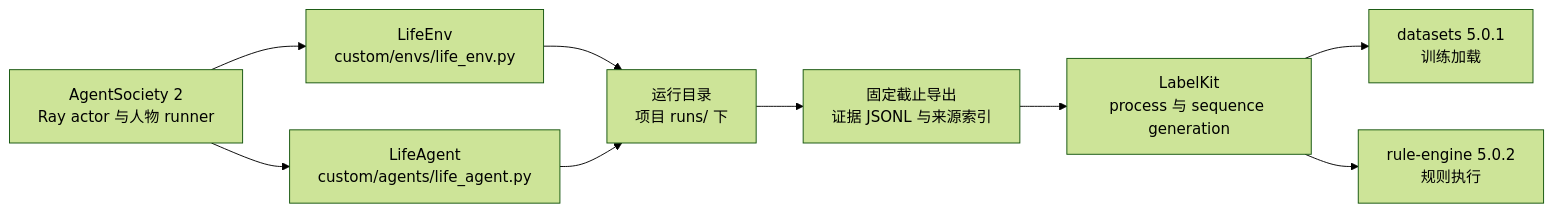
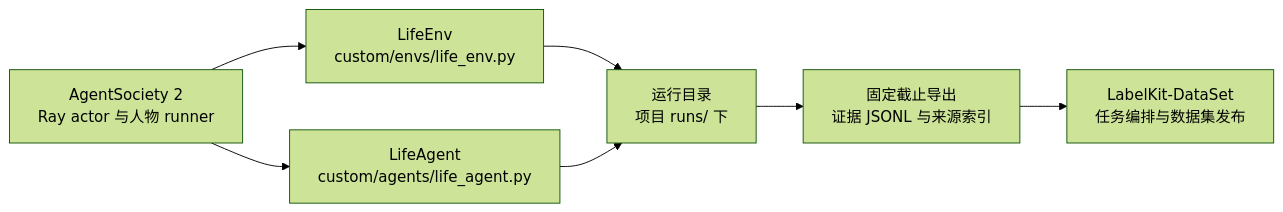
The second of 2 diagrams in docs/EXPERIMENT.md (HoldThatThgt/WorldMock), drawn with Mermaid (forest theme) before and after one commit. The commit also changed other lines of this file and 183 other files, not shown here.

````diff
--- a/docs/EXPERIMENT.md
+++ b/docs/EXPERIMENT.md
@@ -166,20 +166,16 @@
 ```mermaid
 flowchart LR
     AS2["AgentSociety 2<br/>Ray actor 与人物 runner"]
     LifeEnv["LifeEnv<br/>custom/envs/life_env.py"]
     LifeAgent["LifeAgent<br/>custom/agents/life_agent.py"]
     RunDir["运行目录<br/>项目 runs/ 下"]
     Export["固定截止导出<br/>证据 JSONL 与来源索引"]
-    LabelKit["LabelKit<br/>process 与 sequence generation"]
-    Train["datasets 5.0.1<br/>训练加载"]
-    RuleEngine["rule-engine 5.0.2<br/>规则执行"]
+    LabelKit["LabelKit-DataSet<br/>任务编排与数据集发布"]
 
     AS2 --> LifeEnv
     AS2 --> LifeAgent
     LifeEnv --> RunDir
     LifeAgent --> RunDir
     RunDir --> Export
     Export --> LabelKit
-    LabelKit --> Train
-    LabelKit --> RuleEngine
 ```
````
